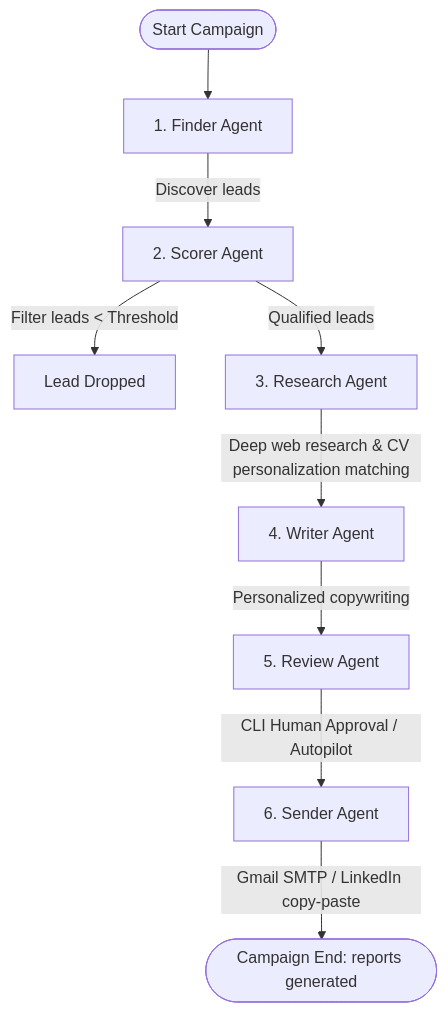
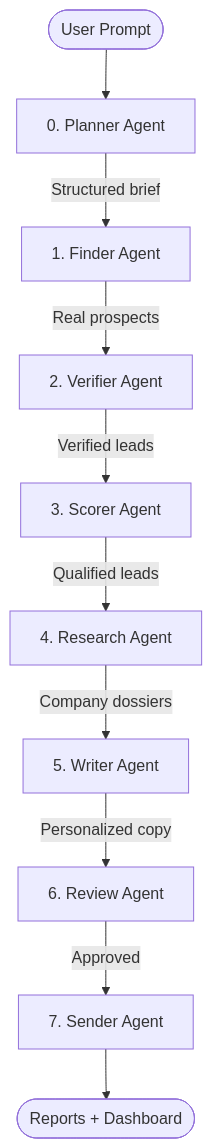
Before and after one commit to ShaheerZamanShah/leadGenerationAgent: the diagram in README.md, drawn with Mermaid. The commit also changed other lines of this file and 33 other files, not shown here.

````diff
--- a/README.md
+++ b/README.md
@@ -12,11 +21,12 @@
 ```mermaid
 graph TD
-    Start([Start Campaign]) --> Finder[1. Finder Agent]
-    Finder -->|Discover leads| Scorer[2. Scorer Agent]
-    Scorer -->|Filter leads < Threshold| Drop[Lead Dropped]
-    Scorer -->|Qualified leads| Research[3. Research Agent]
-    Research -->|Deep web research & CV personalization matching| Writer[4. Writer Agent]
-    Writer -->|Personalized copywriting| Review[5. Review Agent]
-    Review -->|CLI Human Approval / Autopilot| Sender[6. Sender Agent]
-    Sender -->|Gmail SMTP / LinkedIn copy-paste| End([Campaign End: reports generated])
+    Start([User Prompt]) --> Planner[0. Planner Agent]
+    Planner -->|Structured brief| Finder[1. Finder Agent]
+    Finder -->|Real prospects| Verifier[2. Verifier Agent]
+    Verifier -->|Verified leads| Scorer[3. Scorer Agent]
+    Scorer -->|Qualified leads| Research[4. Research Agent]
+    Research -->|Company dossiers| Writer[5. Writer Agent]
+    Writer -->|Personalized copy| Review[6. Review Agent]
+    Review -->|Approved| Sender[7. Sender Agent]
+    Sender --> End([Reports + Dashboard])
 ```
````
